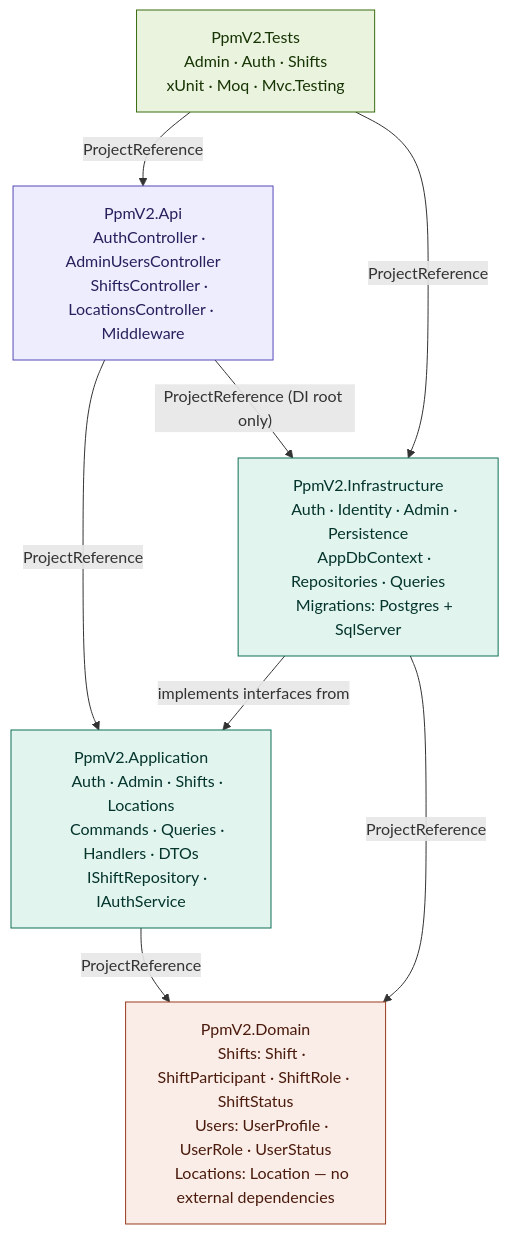
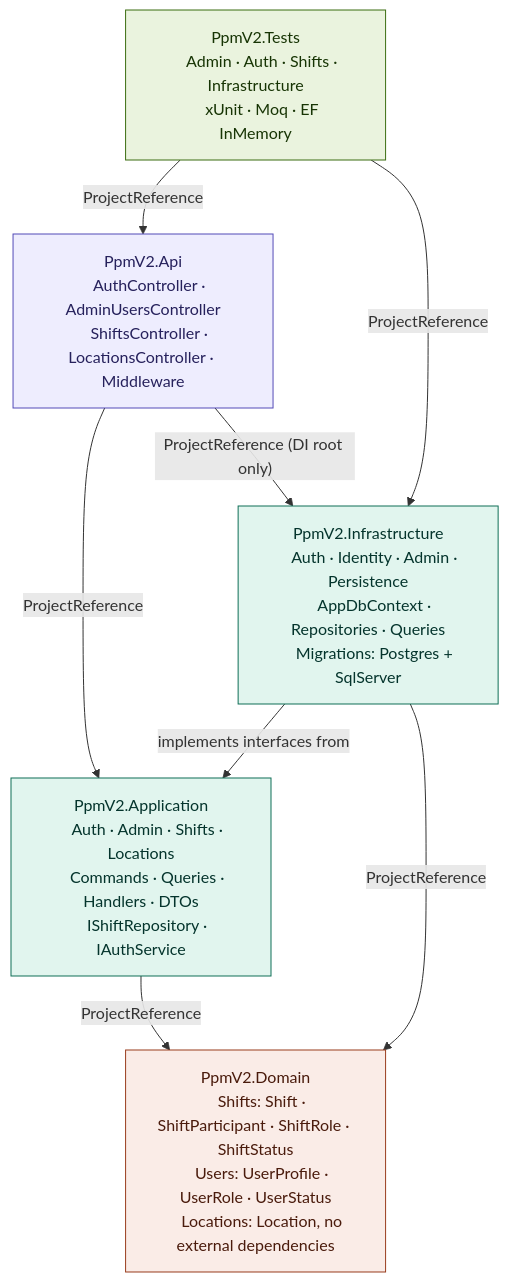
One commit to djzh23/PpmV2 changed the second of 3 diagrams in src/docs/architecture.md. Above: the diagram before and after it, drawn with Mermaid. The commit also changed other lines of this file and 2 other files, not shown here.

````diff
--- a/src/docs/architecture.md
+++ b/src/docs/architecture.md
@@ -93,39 +92,39 @@
 ```mermaid
 graph TD
     API["PpmV2.Api
     AuthController · AdminUsersController
     ShiftsController · LocationsController · Middleware"]
 
     APP["PpmV2.Application
     Auth · Admin · Shifts · Locations
     Commands · Queries · Handlers · DTOs
     IShiftRepository · IAuthService"]
 
     INFRA["PpmV2.Infrastructure
     Auth · Identity · Admin · Persistence
     AppDbContext · Repositories · Queries
     Migrations: Postgres + SqlServer"]
 
     DOMAIN["PpmV2.Domain
     Shifts: Shift · ShiftParticipant · ShiftRole · ShiftStatus
     Users: UserProfile · UserRole · UserStatus
-    Locations: Location — no external dependencies"]
+    Locations: Location, no external dependencies"]
 
     TESTS["PpmV2.Tests
-    Admin · Auth · Shifts
-    xUnit · Moq · Mvc.Testing"]
+    Admin · Auth · Shifts · Infrastructure
+    xUnit · Moq · EF InMemory"]
 
     API   -->|"ProjectReference"| APP
     API   -->|"ProjectReference (DI root only)"| INFRA
     APP   -->|"ProjectReference"| DOMAIN
     INFRA -->|"implements interfaces from"| APP
     INFRA -->|"ProjectReference"| DOMAIN
     TESTS -->|"ProjectReference"| API
     TESTS -->|"ProjectReference"| INFRA
 
     style API    fill:#EEEDFE,stroke:#534AB7,color:#26215C
     style APP    fill:#E1F5EE,stroke:#0F6E56,color:#04342C
     style INFRA  fill:#E1F5EE,stroke:#0F6E56,color:#04342C
     style DOMAIN fill:#FAECE7,stroke:#993C1D,color:#4A1B0C
     style TESTS  fill:#EAF3DE,stroke:#3B6D11,color:#173404
 ```
````
